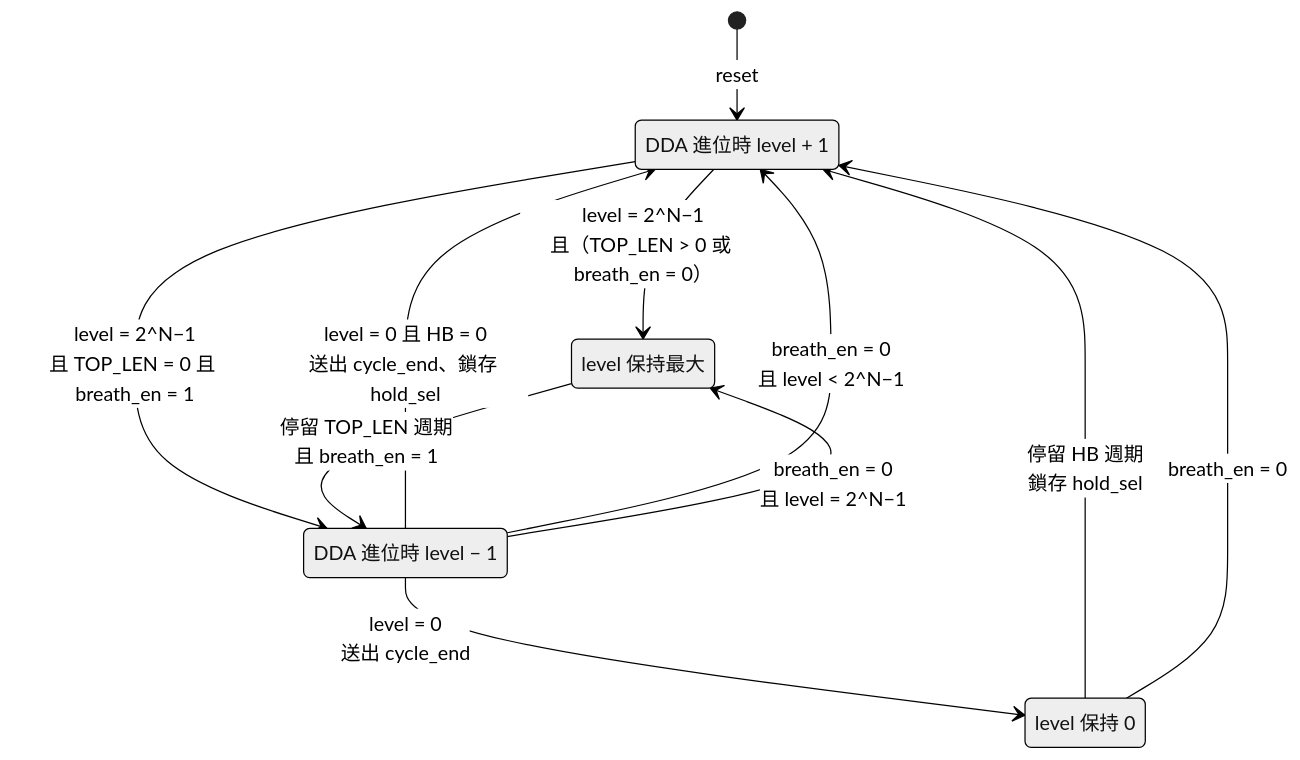
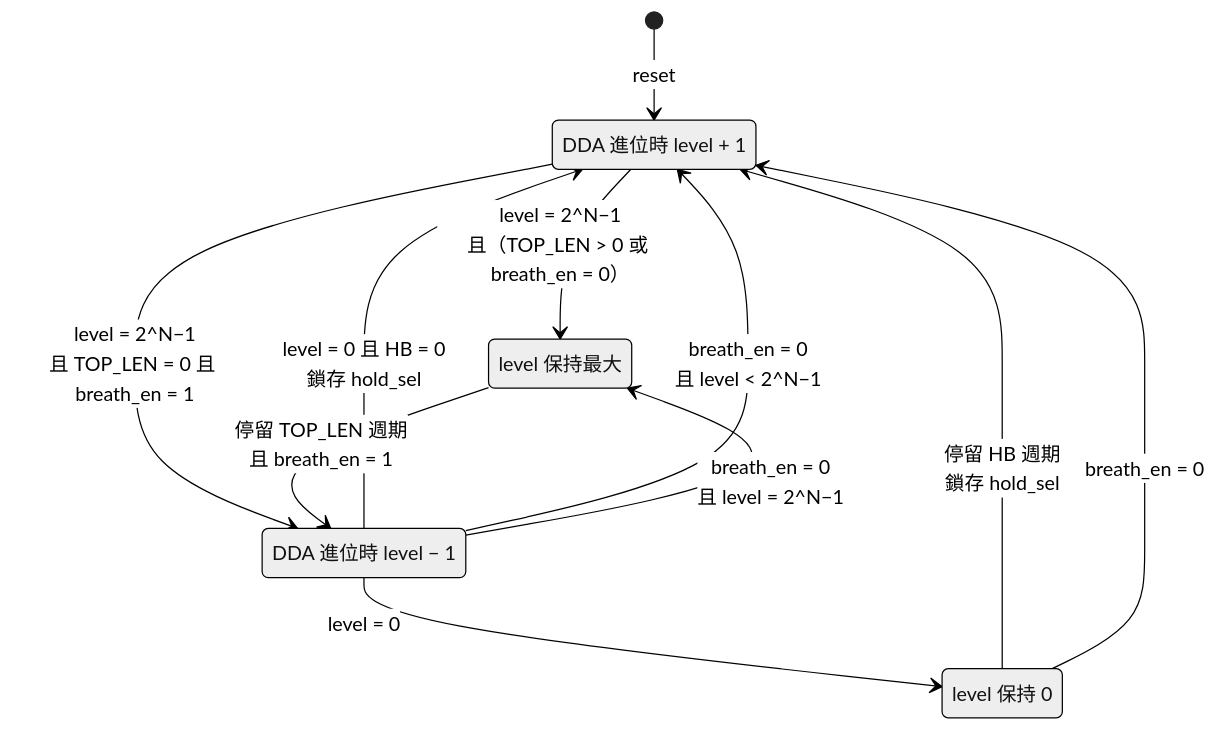
The first of 2 diagrams in HW2/SPEC.md (raylei50653/FPGA_HW), drawn with Mermaid (neutral theme) before and after one commit. The commit also changed other lines of this file and 9 other files, not shown here.

First line of the commit message:
Rework HW2 into an 8-LED breathing light with flowing modes

````diff
--- a/HW2/SPEC.md
+++ b/HW2/SPEC.md
@@ -111,17 +113,17 @@
 ```mermaid
 stateDiagram-v2
     [*] --> UP : reset
     UP --> HOLD_TOP : level = 2^N−1<br/>且（TOP_LEN > 0 或 breath_en = 0）
     UP --> DOWN : level = 2^N−1<br/>且 TOP_LEN = 0 且 breath_en = 1
     HOLD_TOP --> DOWN : 停留 TOP_LEN 週期<br/>且 breath_en = 1
-    DOWN --> HOLD_BOTTOM : level = 0<br/>送出 cycle_end
-    DOWN --> UP : level = 0 且 HB = 0<br/>送出 cycle_end、鎖存 hold_sel
+    DOWN --> HOLD_BOTTOM : level = 0
+    DOWN --> UP : level = 0 且 HB = 0<br/>鎖存 hold_sel
     DOWN --> UP : breath_en = 0<br/>且 level < 2^N−1
     DOWN --> HOLD_TOP : breath_en = 0<br/>且 level = 2^N−1
     HOLD_BOTTOM --> UP : 停留 HB 週期<br/>鎖存 hold_sel
     HOLD_BOTTOM --> UP : breath_en = 0
     UP : DDA 進位時 level + 1
     DOWN : DDA 進位時 level − 1
     HOLD_TOP : level 保持最大
     HOLD_BOTTOM : level 保持 0
 ```
````
